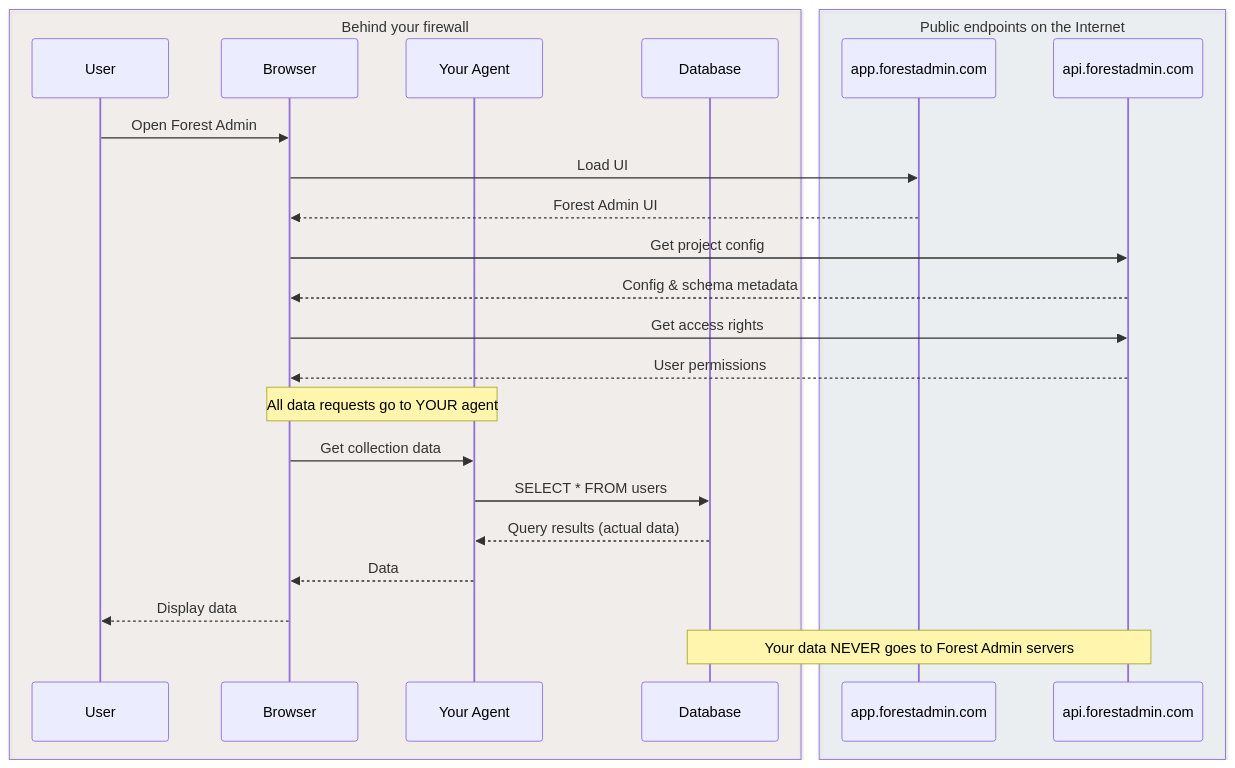
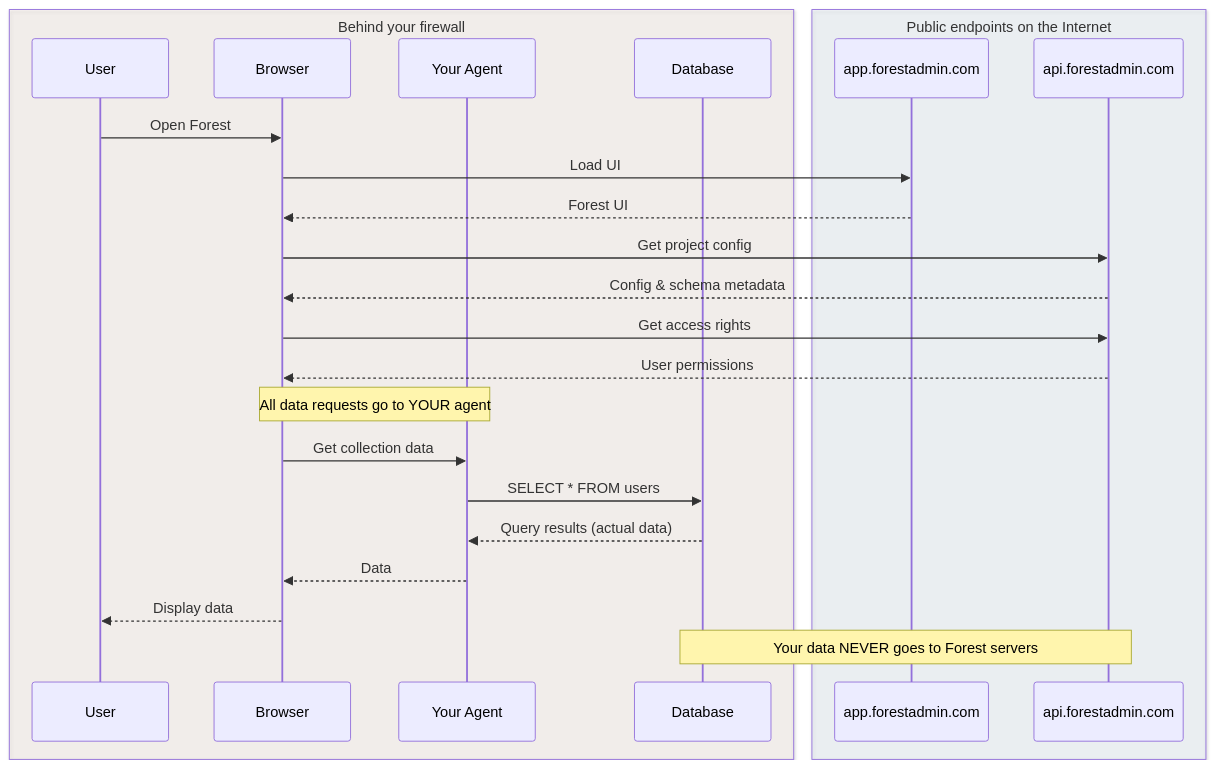
Before and after one commit to ForestAdmin/docs: the diagram in get-started/connect/architectures/self-hosted.mdx, drawn with Mermaid. The commit also changed other lines of this file and 156 other files, not shown here.

````diff
--- a/get-started/connect/architectures/self-hosted.mdx
+++ b/get-started/connect/architectures/self-hosted.mdx
@@ -64,37 +64,37 @@
 ```mermaid
 sequenceDiagram
     %% Groupes logiques
     box rgba(255, 240, 230, 0.3) Behind your firewall
         participant user as User
         participant browser as Browser
         participant agent as Your Agent
         participant db as Database
     end
 
     box rgba(230, 245, 255, 0.3) Public endpoints on the Internet
         participant app as app.forestadmin.com
         participant api as api.forestadmin.com
     end
 
     %% Séquence
-    user->>browser: Open Forest Admin
+    user->>browser: Open Forest
     browser->>app: Load UI
-    app-->>browser: Forest Admin UI
+    app-->>browser: Forest UI
 
     browser->>api: Get project config
     api-->>browser: Config & schema metadata
 
     browser->>api: Get access rights
     api-->>browser: User permissions
 
     Note over browser,agent: All data requests go to YOUR agent
 
     browser->>agent: Get collection data
     agent->>db: SELECT * FROM users
     db-->>agent: Query results (actual data)
     agent-->>browser: Data
 
     browser-->>user: Display data
 
-    Note over db,api: Your data NEVER goes to Forest Admin servers
+    Note over db,api: Your data NEVER goes to Forest servers
 ```
````
